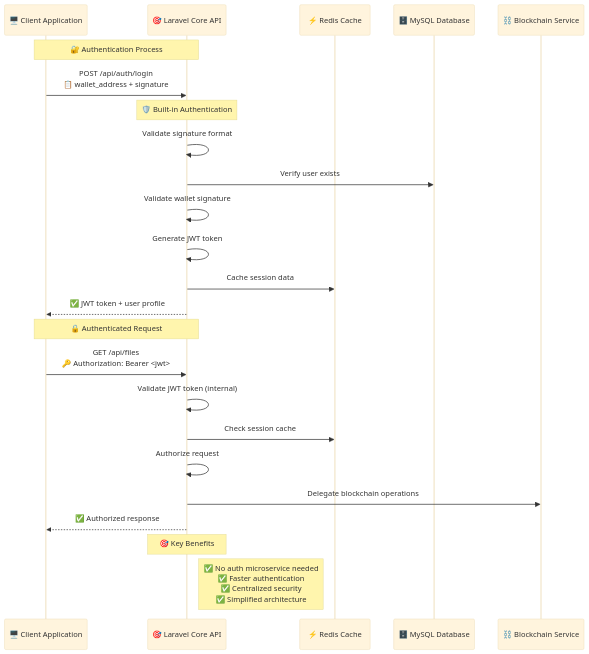
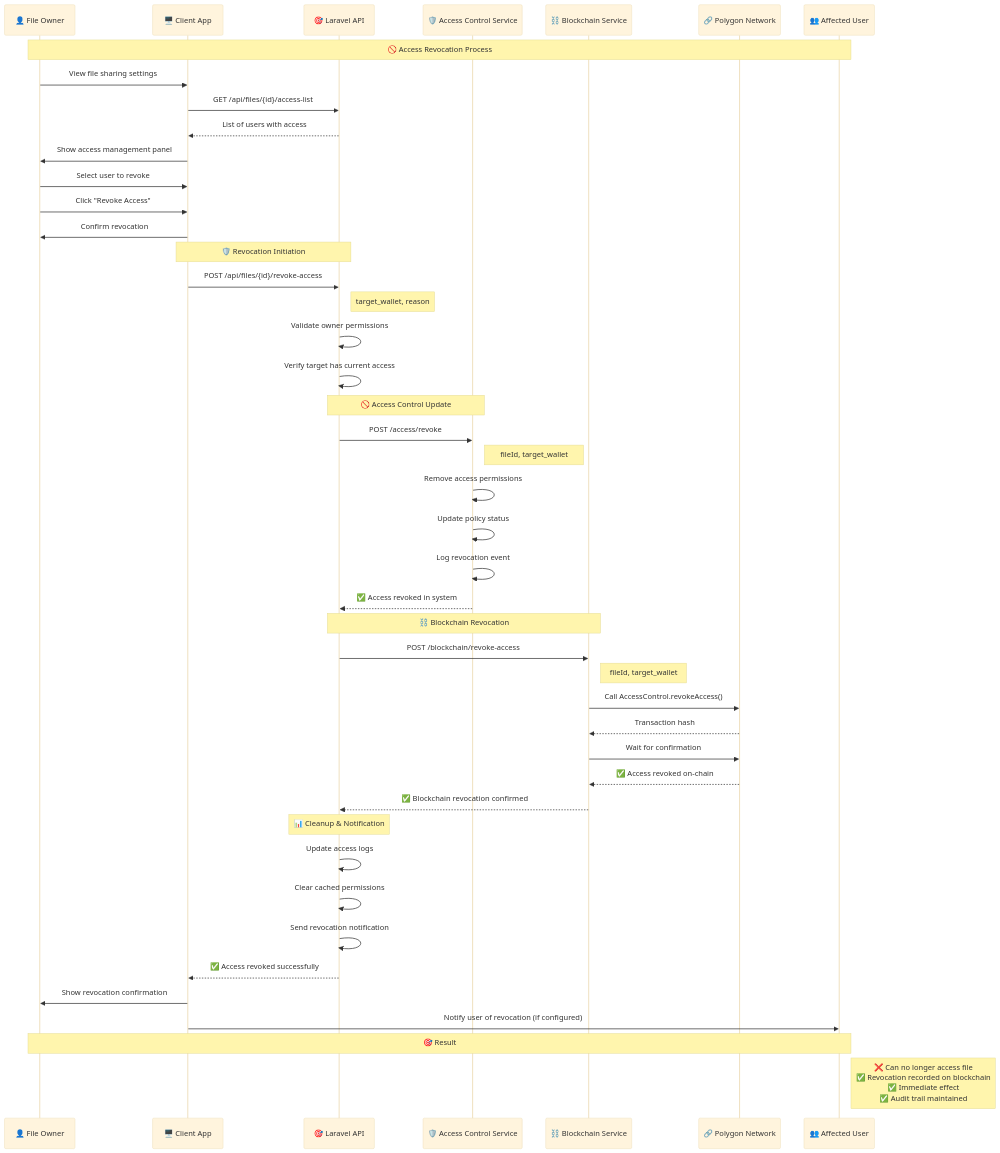
One commit to MossabMilha/OM-VaultChain changed the tenth of 12 diagrams in README.md. Above: the diagram before and after it, drawn with Mermaid (base theme). The commit also changed other lines of this file, not shown here.

````diff
--- a/README.md
+++ b/README.md
@@ -521,30 +595,56 @@
 ```mermaid
 sequenceDiagram
-    participant Client as 🖥️ Client Application
-    participant Laravel as 🎯 Laravel Core API
-    participant Redis as ⚡ Redis Cache
-    participant MySQL as 🗄️ MySQL Database
-    participant Blockchain as ⛓️ Blockchain Service
+    participant O as 👤 File Owner
+    participant C as 🖥️ Client App
+    participant A as 🎯 Laravel API
+    participant AC as 🛡️ Access Control Service
+    participant B as ⛓️ Blockchain Service
+    participant P as 🔗 Polygon Network
+    participant R as 👥 Affected User
 
-    Note over Client,Laravel: 🔐 Authentication Process
-    Client->>Laravel: POST /api/auth/login<br/>📋 wallet_address + signature
+    Note over O,R: 🚫 Access Revocation Process
 
-    Note over Laravel: 🛡️ Built-in Authentication
-    Laravel->>Laravel: Validate signature format
-    Laravel->>MySQL: Verify user exists
-    Laravel->>Laravel: Validate wallet signature
-    Laravel->>Laravel: Generate JWT token
-    Laravel->>Redis: Cache session data
-    Laravel-->>Client: ✅ JWT token + user profile
+    O->>C: View file sharing settings
+    C->>A: GET /api/files/{id}/access-list
+    A-->>C: List of users with access
+    C->>O: Show access management panel
 
-    Note over Client,Laravel: 🔒 Authenticated Request
-    Client->>Laravel: GET /api/files<br/>🔑 Authorization: Bearer <jwt>
-    Laravel->>Laravel: Validate JWT token (internal)
-    Laravel->>Redis: Check session cache
-    Laravel->>Laravel: Authorize request
-    Laravel->>Blockchain: Delegate blockchain operations
-    Laravel-->>Client: ✅ Authorized response
+    O->>C: Select user to revoke
+    O->>C: Click "Revoke Access"
+    C->>O: Confirm revocation
 
-    Note over Laravel: 🎯 Key Benefits
-    Note right of Laravel: ✅ No auth microservice needed<br/>✅ Faster authentication<br/>✅ Centralized security<br/>✅ Simplified architecture
+    Note over C,A: 🛡️ Revocation Initiation
+    C->>A: POST /api/files/{id}/revoke-access
+    Note right of A: target_wallet, reason
+    A->>A: Validate owner permissions
+    A->>A: Verify target has current access
+
+    Note over A,AC: 🚫 Access Control Update
+    A->>AC: POST /access/revoke
+    Note right of AC: fileId, target_wallet
+    AC->>AC: Remove access permissions
+    AC->>AC: Update policy status
+    AC->>AC: Log revocation event
+    AC-->>A: ✅ Access revoked in system
+
+    Note over A,B: ⛓️ Blockchain Revocation
+    A->>B: POST /blockchain/revoke-access
+    Note right of B: fileId, target_wallet
+    B->>P: Call AccessControl.revokeAccess()
+    P-->>B: Transaction hash
+    B->>P: Wait for confirmation
+    P-->>B: ✅ Access revoked on-chain
+    B-->>A: ✅ Blockchain revocation confirmed
+
+    Note over A: 📊 Cleanup & Notification
+    A->>A: Update access logs
+    A->>A: Clear cached permissions
+    A->>A: Send revocation notification
+    A-->>C: ✅ Access revoked successfully
+
+    C->>O: Show revocation confirmation
+    C->>R: Notify user of revocation (if configured)
+
+    Note over O,R: 🎯 Result
+    Note right of R: ❌ Can no longer access file<br/>✅ Revocation recorded on blockchain<br/>✅ Immediate effect<br/>✅ Audit trail maintained
 ```
````
